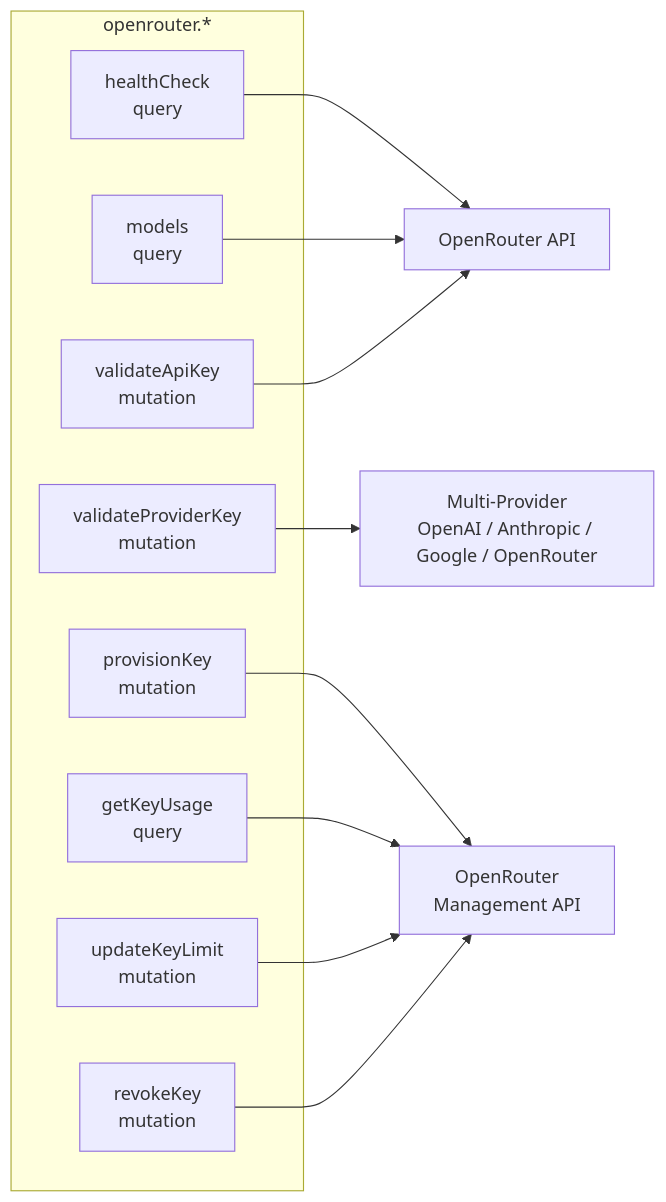
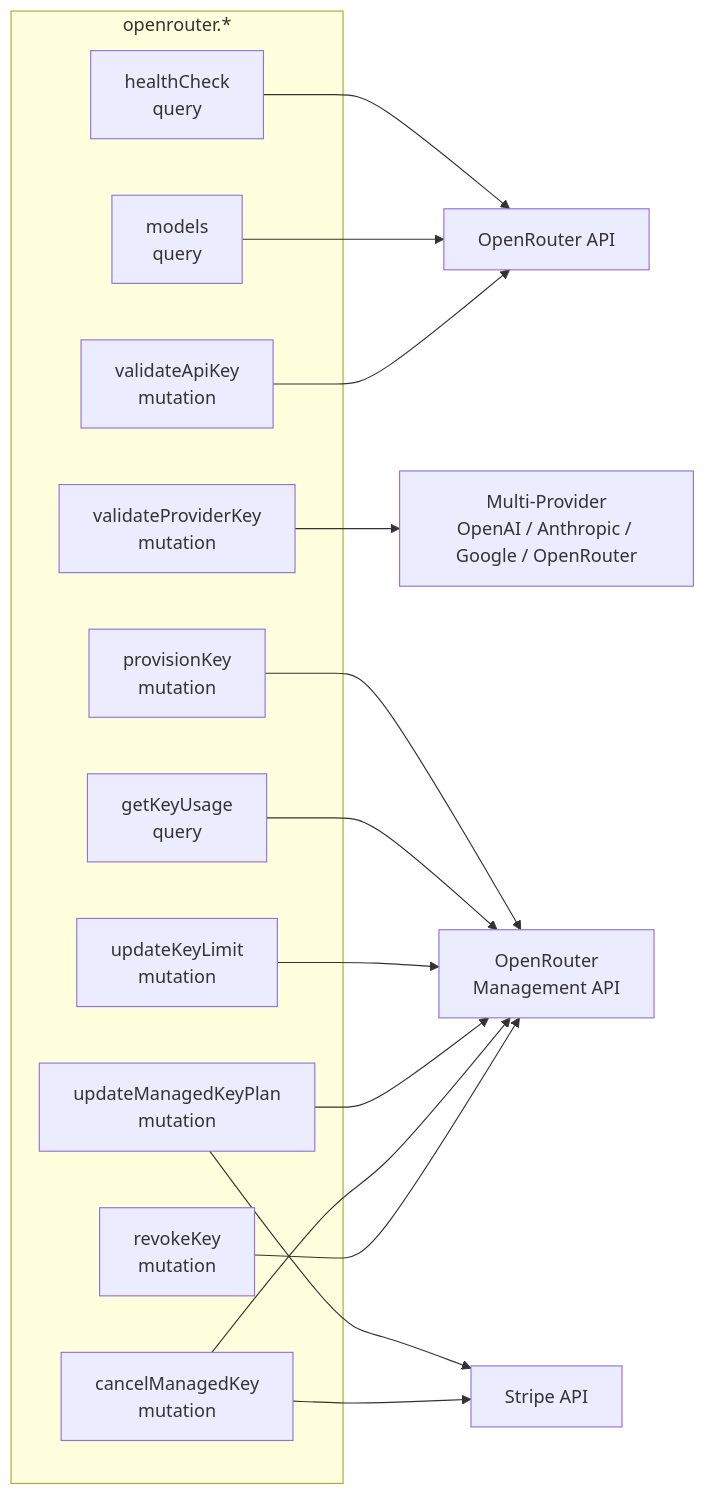
Before and after one commit to Bretthb/jarble: the seventh of 14 diagrams in API-ENDPOINTS.md, drawn with Mermaid. The commit also changed other lines of this file and 15 other files, not shown here.

First line of the commit message:
feat: wire managed keys frontend to Stripe-aware backend

````diff
--- a/API-ENDPOINTS.md
+++ b/API-ENDPOINTS.md
@@ -317,22 +317,28 @@
 ```mermaid
 graph LR
     subgraph openrouter["openrouter.*"]
         HC["healthCheck<br/>query"]
         MODELS["models<br/>query"]
         VAL["validateApiKey<br/>mutation"]
         VALP["validateProviderKey<br/>mutation"]
         PROV["provisionKey<br/>mutation"]
         USAGE["getKeyUsage<br/>query"]
         UPD["updateKeyLimit<br/>mutation"]
+        UPDM["updateManagedKeyPlan<br/>mutation"]
+        CANCEL["cancelManagedKey<br/>mutation"]
         REV["revokeKey<br/>mutation"]
     end
 
     HC --> OR["OpenRouter API"]
     MODELS --> OR
     VAL --> OR
     VALP --> MULTI["Multi-Provider<br/>OpenAI / Anthropic / Google / OpenRouter"]
     PROV --> MGMT["OpenRouter<br/>Management API"]
     USAGE --> MGMT
     UPD --> MGMT
+    UPDM --> MGMT
+    UPDM --> STRIPE["Stripe API"]
+    CANCEL --> MGMT
+    CANCEL --> STRIPE
     REV --> MGMT
 ```
````
